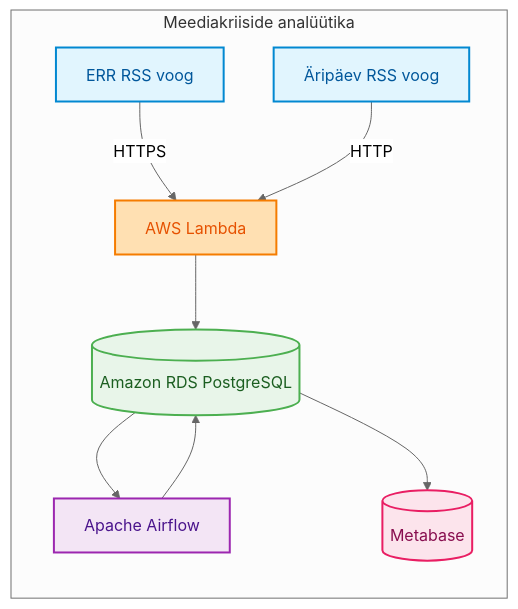
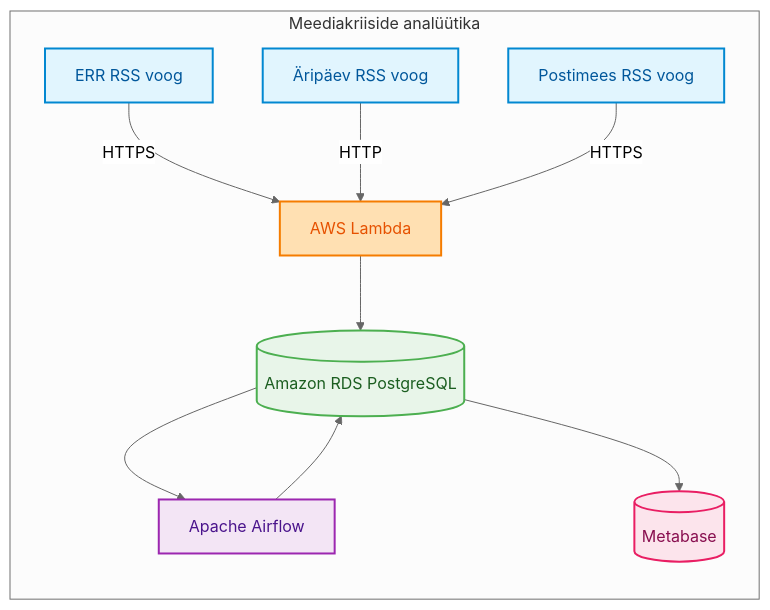
Before and after one commit to kaidokariste/ut-aik-grupitoo: the diagram in README.md, drawn with Mermaid. The commit also changed other lines of this file and 6 other files, not shown here.

````diff
--- a/README.md
+++ b/README.md
@@ -16,31 +16,33 @@
 ```mermaid
 %%{init: {'theme': 'neutral'}}%%
 flowchart LR
     subgraph PROJECT[Meediakriiside analüütika]
         RSS1["ERR RSS voog"]
         RSS2["Äripäev RSS voog"]
+        RSS3["Postimees RSS voog"]
         AIRFLOW["Apache Airflow"]
 
         RSS1 -->|HTTPS| LAMBDA["AWS Lambda"]
         RSS2 -->|HTTP| LAMBDA["AWS Lambda"]
+        RSS3 -->|HTTPS| LAMBDA["AWS Lambda"]
         LAMBDA --> RDS[("Amazon RDS PostgreSQL")]
         AIRFLOW -->RDS
         RDS --> AIRFLOW
         RDS --> METABASE[("Metabase")]
     end
 
     %% Stiiliklassid ja teemad
     classDef allikas fill:#E1F5FE,stroke:#0288D1,stroke-width:2px,color:#01579B;
     classDef lambda fill:#FFE0B2,stroke:#F57C00,stroke-width:2px,color:#E65100;
     classDef andmed fill:#E8F5E9,stroke:#4CAF50,stroke-width:2px,color:#1B5E20;
     classDef airflow fill:#F3E5F5,stroke:#9C27B0,stroke-width:2px,color:#4A148C;
     classDef metabase fill:#FCE4EC,stroke:#E91E63,stroke-width:2px,color:#880E4F;
 
     %% Klasside omistamine elementidele
-    class RSS1,RSS2 allikas;
+    class RSS1,RSS2,RSS3 allikas;
     class LAMBDA lambda;
     class RDS andmed;
     class METABASE metabase;
     class AIRFLOW airflow;
 
 ```
````
